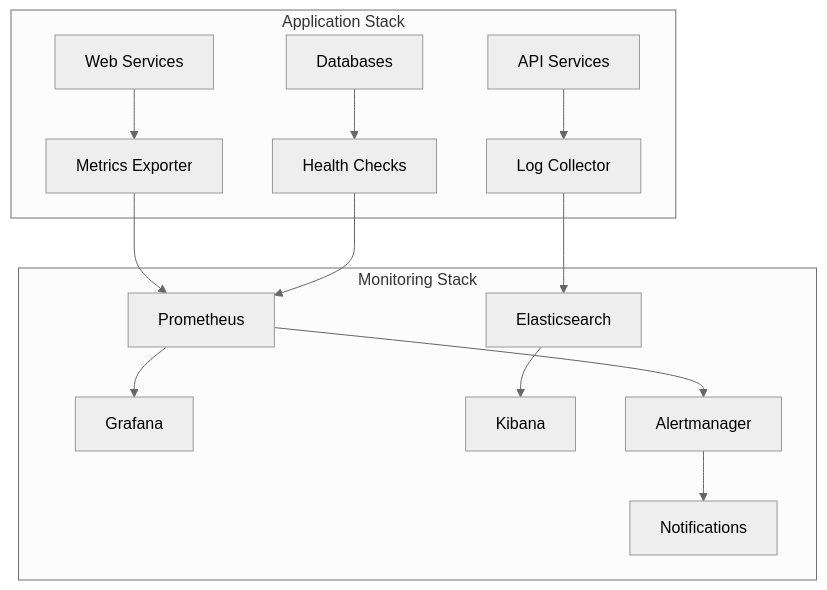
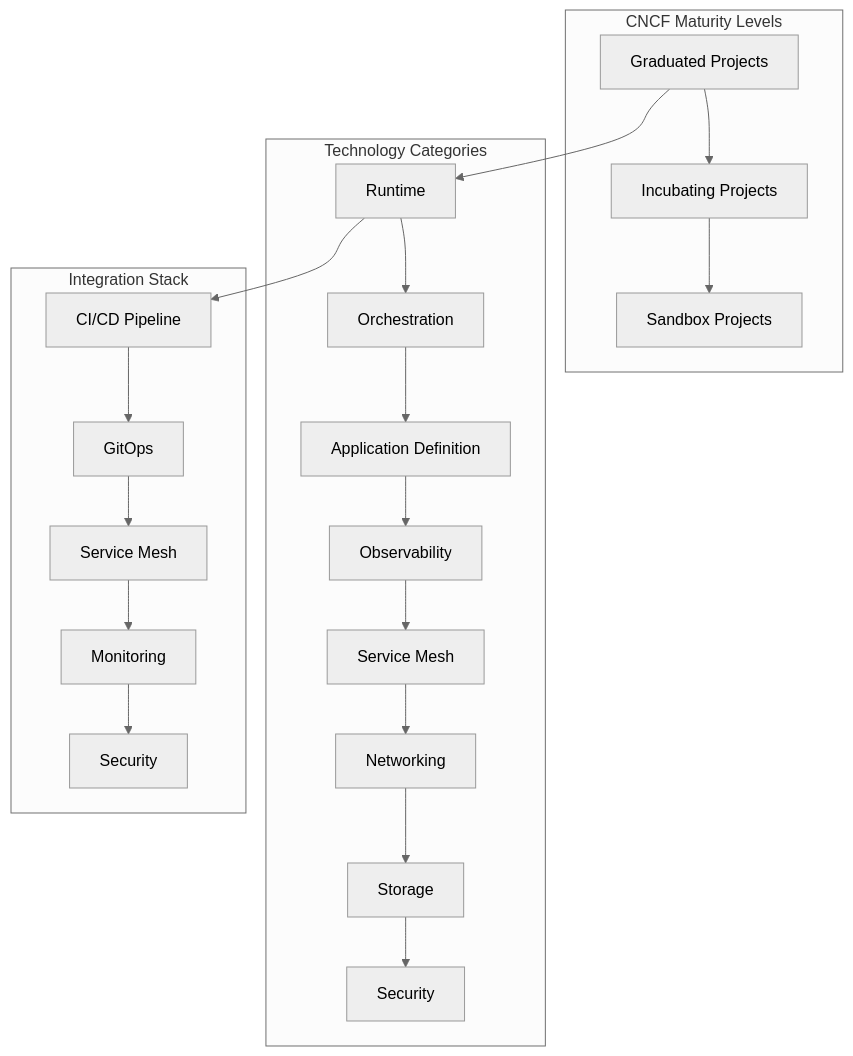
One commit to niceguy61/kdt_devops_lecture_2025 changed the diagram in week_02/day_04/session_07.md. Above: the diagram before and after it, drawn with Mermaid (neutral theme). The commit also changed other lines of this file and 41 other files, not shown here.

````diff
--- a/week_02/day_04/session_07.md
+++ b/week_02/day_04/session_07.md
@@ -15,19 +15,27 @@
 ```mermaid
 graph TB
-    subgraph "Application Stack"
-        A[Web Services] --> B[Metrics Exporter]
-        C[API Services] --> D[Log Collector]
-        E[Databases] --> F[Health Checks]
+    subgraph "CNCF Maturity Levels"
+        A[Graduated Projects] --> B[Incubating Projects]
+        B --> C[Sandbox Projects]
     end
     
-    subgraph "Monitoring Stack"
-        G[Prometheus] --> H[Grafana]
-        I[Elasticsearch] --> J[Kibana]
-        K[Alertmanager] --> L[Notifications]
+    subgraph "Technology Categories"
+        D[Runtime] --> E[Orchestration]
+        E --> F[Application Definition]
+        F --> G[Observability]
+        G --> H[Service Mesh]
+        H --> I[Networking]
+        I --> J[Storage]
+        J --> K[Security]
     end
     
-    B --> G
-    D --> I
-    F --> G
-    G --> K
+    subgraph "Integration Stack"
+        L[CI/CD Pipeline] --> M[GitOps]
+        M --> N[Service Mesh]
+        N --> O[Monitoring]
+        O --> P[Security]
+    end
+    
+    A --> D
+    D --> L
 ```
````
